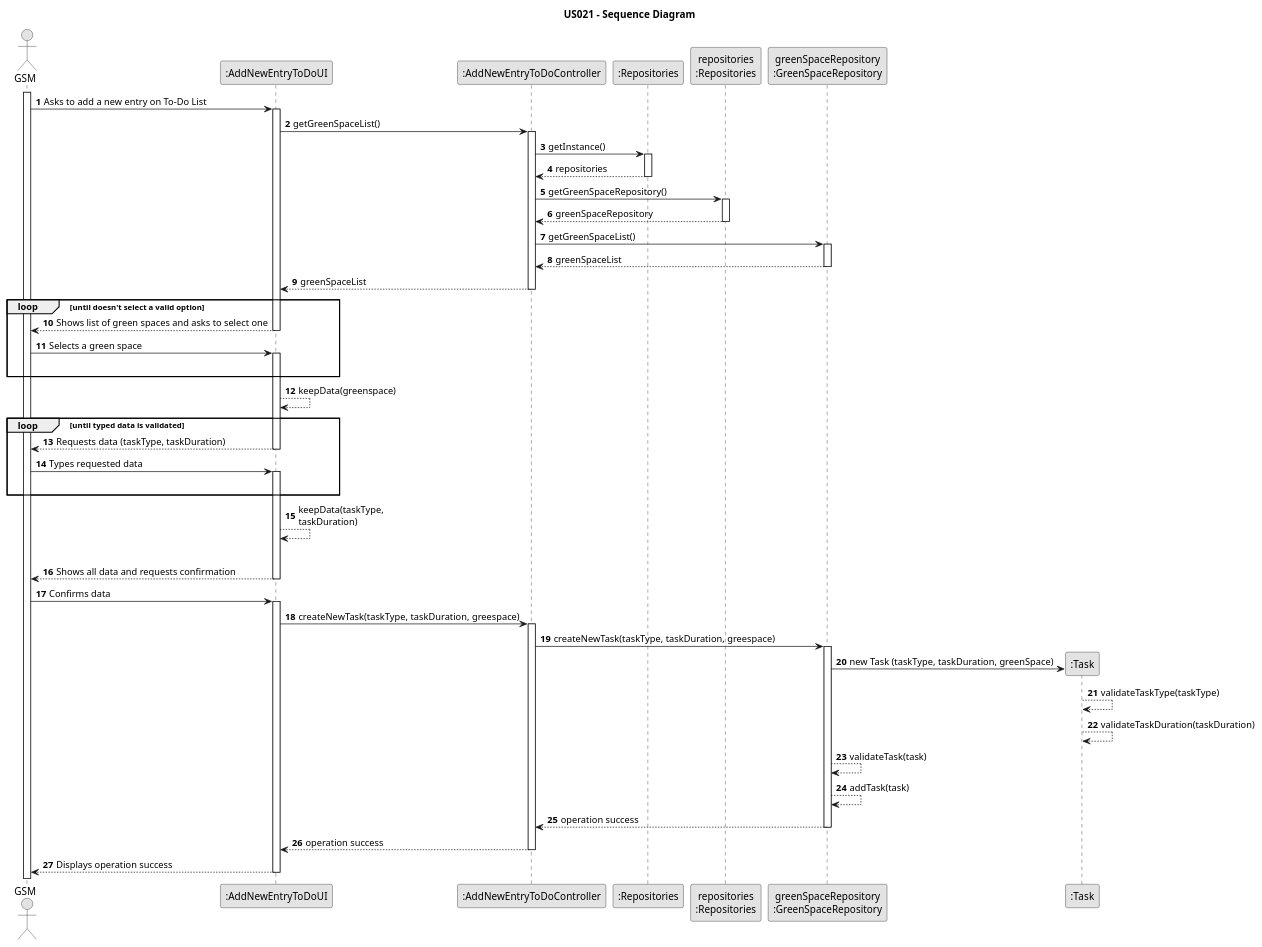
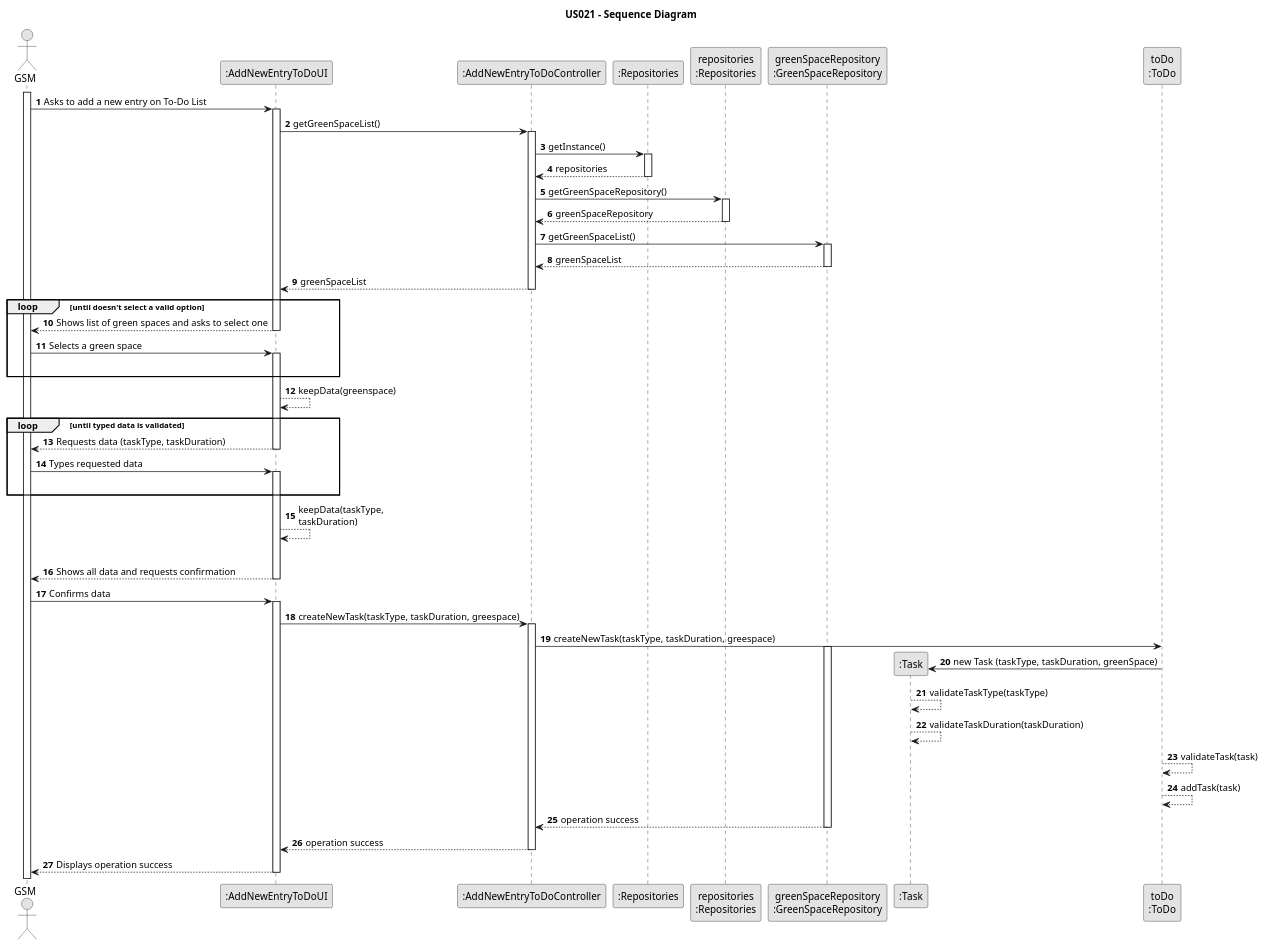
One commit to Rui-San/LAPR2_2023_2024 changed the diagram in docs/SprintC/us021/03.design/puml/us021-sequence-diagram.puml. Above: the diagram before and after it, drawn with PlantUML.

Commit message:
Test Branch

```diff
--- a/docs/SprintC/us021/03.design/puml/us021-sequence-diagram.puml
+++ b/docs/SprintC/us021/03.design/puml/us021-sequence-diagram.puml
@@ -1,113 +1,114 @@
 @startuml
 skinparam monochrome true
 skinparam packageStyle rectangle
 skinparam shadowing false
 
 title US021 - Sequence Diagram
 
 autonumber
 
 actor "GSM" as GSM
 participant ":AddNewEntryToDoUI" as UI
 participant ":AddNewEntryToDoController" as CTRL
 participant ":Repositories" as REPO
 participant "repositories\n:Repositories" as REPOInstance
 participant "greenSpaceRepository\n:GreenSpaceRepository" as GreenSpaceREPO
 participant ":Task" as Task
+participant "toDo\n:ToDo" as Todo
 
 activate GSM
 
     GSM -> UI : Asks to add a new entry on To-Do List
     activate UI
 
     UI -> CTRL : getGreenSpaceList()
     activate CTRL
 
         CTRL -> REPO : getInstance()
         activate REPO
 
             REPO --> CTRL : repositories
         deactivate REPO
         CTRL -> REPOInstance: getGreenSpaceRepository()
 
         activate REPOInstance
 
             REPOInstance --> CTRL : greenSpaceRepository
         deactivate REPOInstance
 
         CTRL -> GreenSpaceREPO : getGreenSpaceList()
         activate GreenSpaceREPO
         GreenSpaceREPO --> CTRL : greenSpaceList
         deactivate GreenSpaceREPO
 
 
 
 
 
 
 
 
 CTRL --> UI : greenSpaceList
     deactivate CTRL
 
 
     loop until doesn't select a valid option
                     UI --> GSM : Shows list of green spaces and asks to select one
                 deactivate UI
 
                 GSM -> UI : Selects a green space
 
                 activate UI
                 |||
                 end
 
             UI --> UI : keepData(greenspace)
 
 
     loop until typed data is validated
 
         UI --> GSM : Requests data (taskType, taskDuration)
     deactivate UI
 
     GSM -> UI : Types requested data
 
     activate UI
     |||
 
     end
 
         UI --> UI : keepData(taskType,\ntaskDuration)
         |||
 
 
                 UI --> GSM : Shows all data and requests confirmation
 deactivate UI
     GSM -> UI : Confirms data
 
     activate UI
 
     UI -> CTRL : createNewTask(taskType, taskDuration, greespace)
     activate CTRL
 
-        CTRL -> GreenSpaceREPO : createNewTask(taskType, taskDuration, greespace)
+        CTRL -> Todo : createNewTask(taskType, taskDuration, greespace)
 
         activate GreenSpaceREPO
 
-            GreenSpaceREPO -> Task** : new Task (taskType, taskDuration, greenSpace)
+            Todo -> Task** : new Task (taskType, taskDuration, greenSpace)
 
             Task --> Task : validateTaskType(taskType)
 
             Task --> Task : validateTaskDuration(taskDuration)
 
-            GreenSpaceREPO --> GreenSpaceREPO : validateTask(task)
+            Todo --> Todo : validateTask(task)
 
-            GreenSpaceREPO --> GreenSpaceREPO : addTask(task)
+            Todo --> Todo : addTask(task)
 
             GreenSpaceREPO --> CTRL : operation success
             deactivate GreenSpaceREPO
             CTRL --> UI : operation success
             deactivate CTRL
         UI --> GSM : Displays operation success
     deactivate UI
 
 @enduml
```
